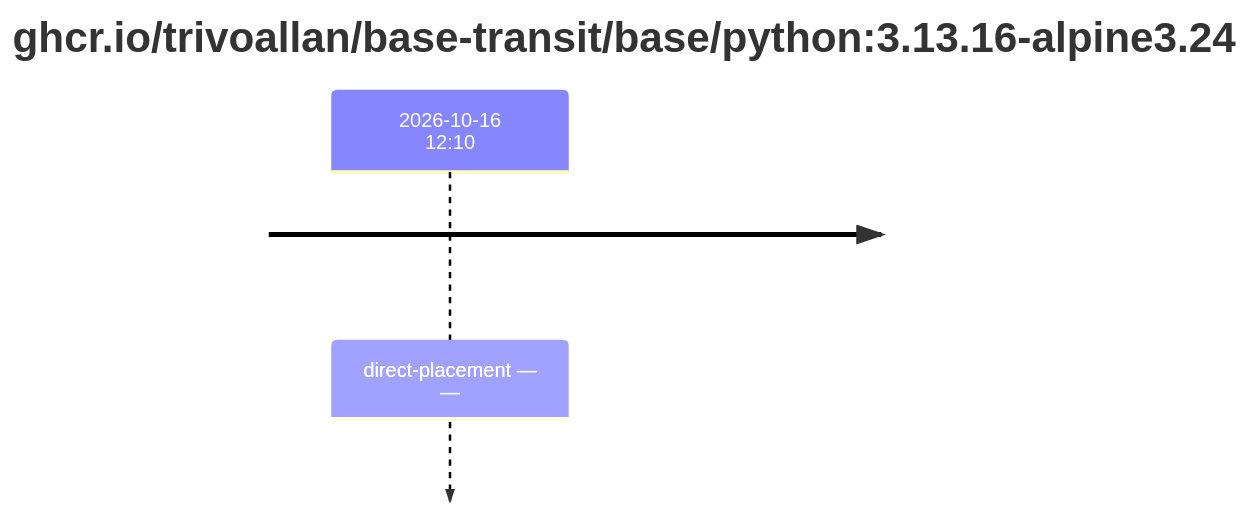
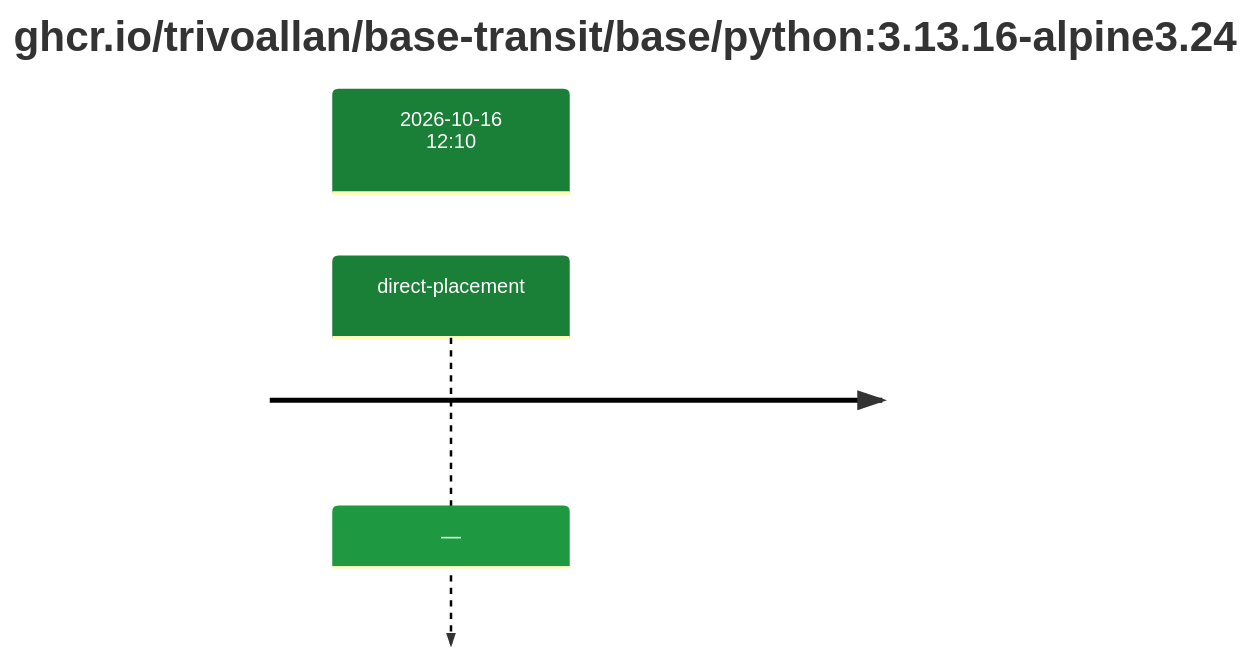
One commit to trivoallan/base-images changed the second of 2 diagrams in results/reports/base-python-3/sha256:9d22624f81e89f73a84c60a309b9af2a2d8d81a05e79e285e2217b2f947f5205.md. Above: the diagram before and after it, drawn with Mermaid. The commit also changed other lines of this file and 12 other files, not shown here.

````diff
--- a/results/reports/base-python-3/sha256:9d22624f81e89f73a84c60a309b9af2a2d8d81a05e79e285e2217b2f947f5205.md
+++ b/results/reports/base-python-3/sha256:9d22624f81e89f73a84c60a309b9af2a2d8d81a05e79e285e2217b2f947f5205.md
@@ -19,5 +21,7 @@
 ```mermaid
+%%{init: {"theme": "default", "themeVariables": {"cScale0": "#1a7f37", "cScaleLabel0": "#ffffff"}}}%%
 timeline
     title ghcr.io/trivoallan/base-transit/base/python#58;3.13.16-alpine3.24
-    2026-10-16 12#58;10 : direct-placement — —
+    section 2026-10-16 12#58;10
+        direct-placement : —
 ```
````
